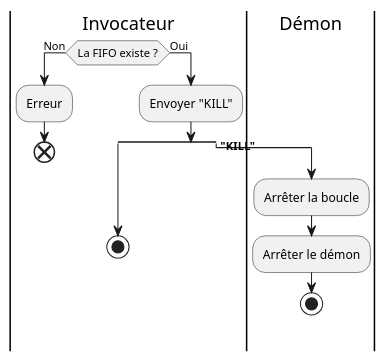
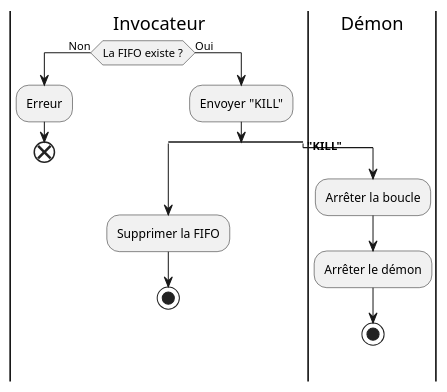
Before and after one commit to Anthony-Jhoiro/Archi-Sys_sophia: the diagram in diagramms/stop.puml, drawn with PlantUML. The commit also changed 6 other files, not shown here.

```diff
--- a/diagramms/stop.puml
+++ b/diagramms/stop.puml
@@ -1,23 +1,24 @@
 @startuml
 |Invocateur|
 |Démon|
 
 |Invocateur|
 if (La FIFO existe ?) then (Non)
     :Erreur;
     end
 else (Oui)
     :Envoyer "KILL";
     split
+        :Supprimer la FIFO;
         stop
     split again
         |Démon|
         -> <b>"KILL";
         :Arrêter la boucle;
         :Arrêter le démon;
         stop
     end split
 
 endif
 
 @enduml 
```
